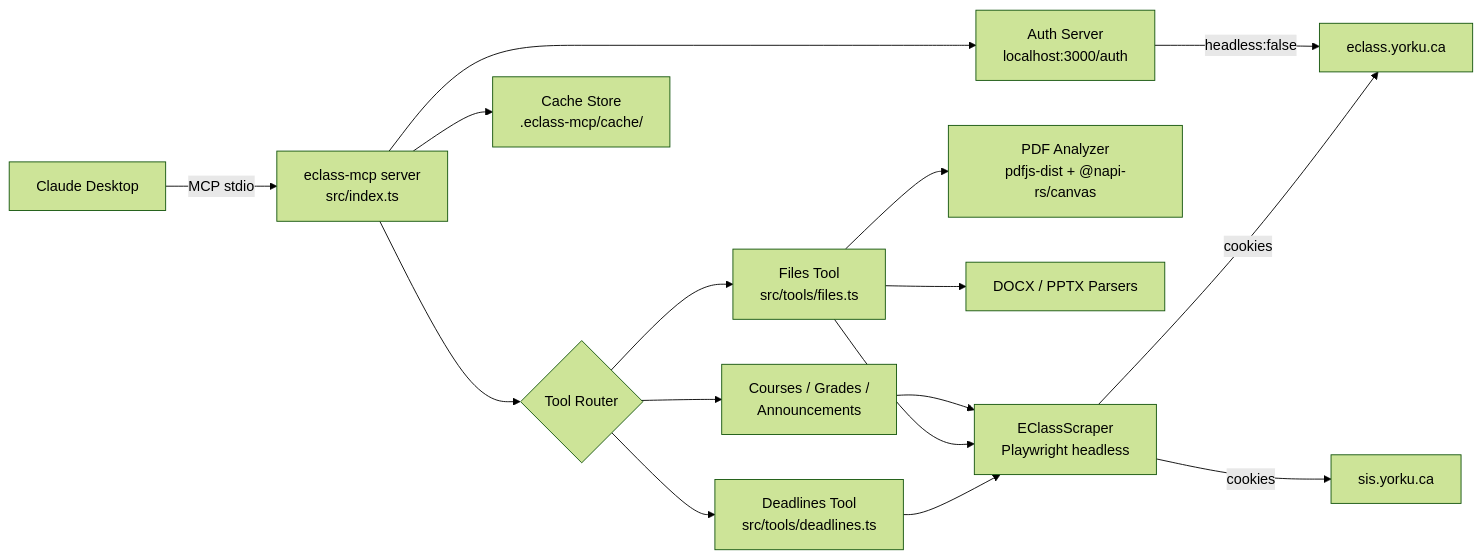
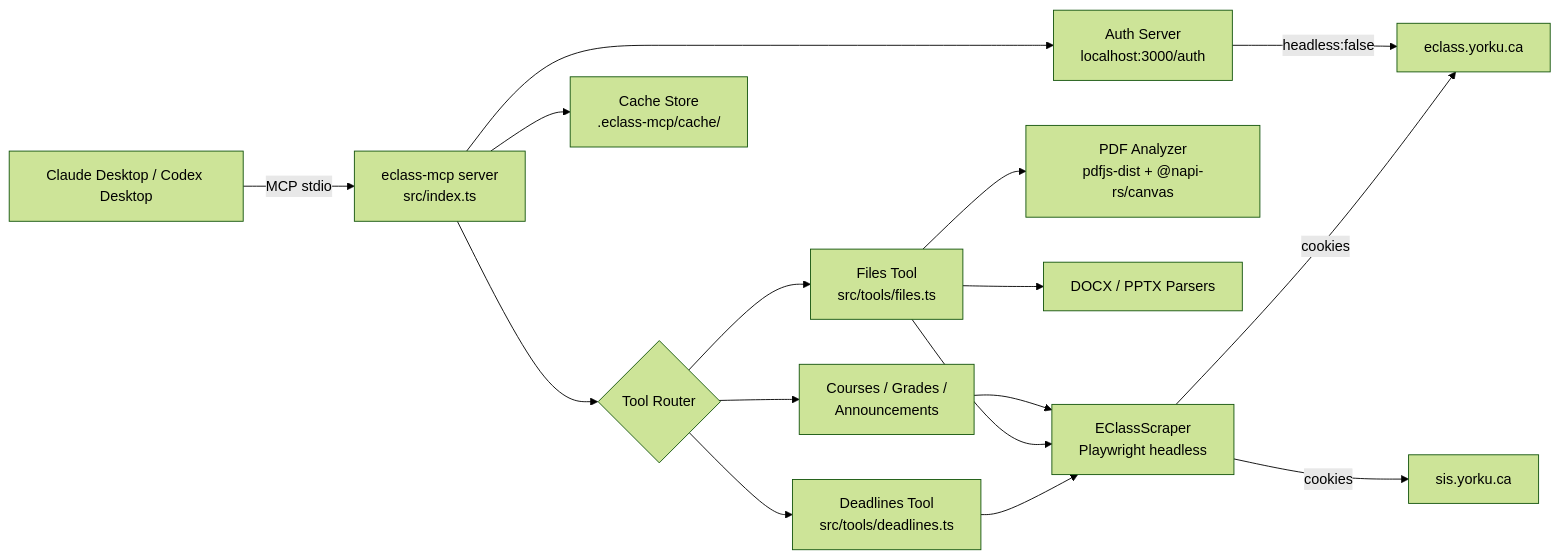
One commit to SoroushRF/eclass-mcp changed the diagram in README.md. Above: the diagram before and after it, drawn with Mermaid (forest theme). The commit also changed other lines of this file and 23 other files, not shown here.

````diff
--- a/README.md
+++ b/README.md
@@ -82,18 +82,18 @@
 ```mermaid
 flowchart LR
-    A[Claude Desktop] -- MCP stdio --> B[eclass-mcp server\nsrc/index.ts]
+    A[Claude Desktop / Codex Desktop] -- MCP stdio --> B[eclass-mcp server\nsrc/index.ts]
     B --> C{Tool Router}
     C --> D[Deadlines Tool\nsrc/tools/deadlines.ts]
     C --> E[Files Tool\nsrc/tools/files.ts]
     C --> F[Courses / Grades /\nAnnouncements]
     D --> G[EClassScraper\nPlaywright headless]
     E --> G
     F --> G
     G -- cookies --> H[eclass.yorku.ca]
     G -- cookies --> S[sis.yorku.ca]
     E --> I[PDF Analyzer\npdfjs-dist + @napi-rs/canvas]
     E --> J[DOCX / PPTX Parsers]
     B --> K[Cache Store\n.eclass-mcp/cache/]
     B --> L[Auth Server\nlocalhost:3000/auth]
     L -- headless:false --> H
 ```
````
